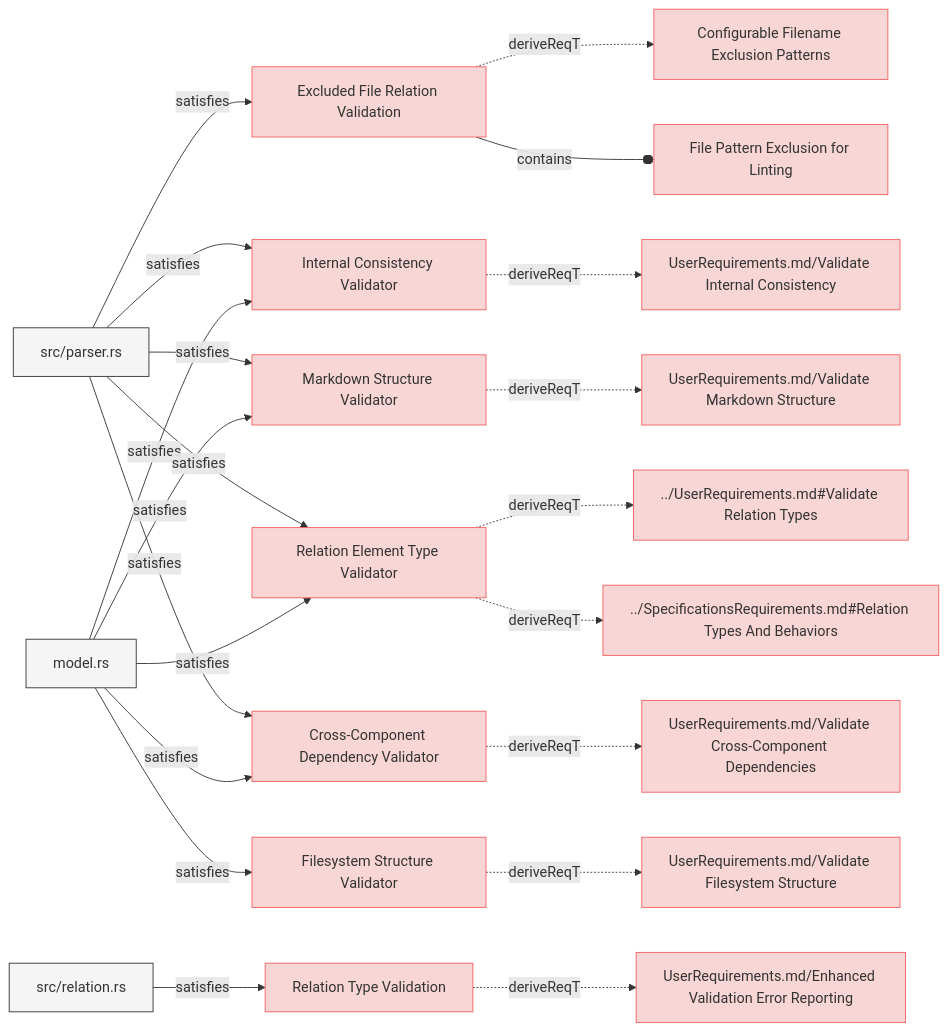
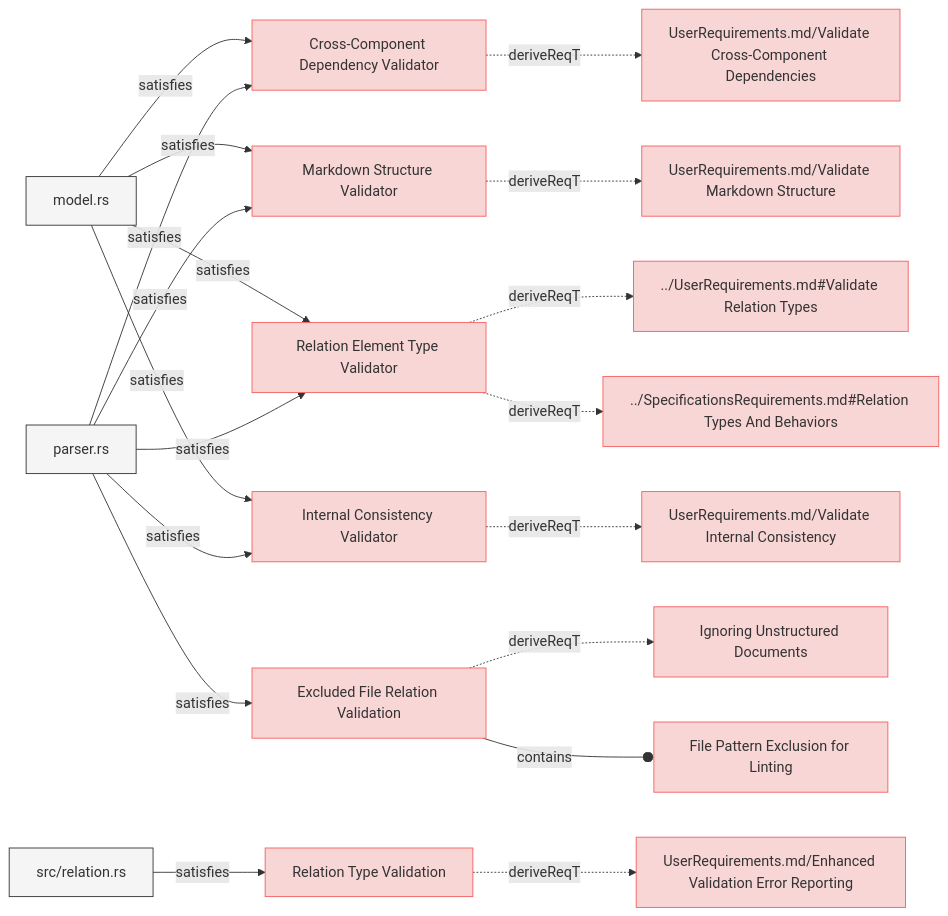
One commit to reqvire-org/reqvire changed the sixth of 7 diagrams in specifications/SystemRequirements/Requirements.md. Above: the diagram before and after it, drawn with Mermaid. The commit also changed other lines of this file and 72 other files, not shown here.

Commit message:
Major rework of the logic in reqvire. It uses git repository root as root folder and everything else is relative to it. External folders and specifications folder concept has been deprecated.

````diff
--- a/specifications/SystemRequirements/Requirements.md
+++ b/specifications/SystemRequirements/Requirements.md
@@ -889,81 +879,73 @@
   classDef externalLink fill:#d0e0ff,stroke:#3080ff,stroke-width:1px;
   classDef default fill:#f5f5f5,stroke:#333333,stroke-width:1px;
 
+  df781ba215f4d187["Cross-Component Dependency Validator"];
+  click df781ba215f4d187 "Requirements.md#cross-component-dependency-validator";
+  class df781ba215f4d187 requirement;
+  ee05a46627b568b7["UserRequirements.md/Validate Cross-Component Dependencies"];
+  class ee05a46627b568b7 requirement;
+  click ee05a46627b568b7 "../UserRequirements.md#validate-cross-component-dependencies";
+  df781ba215f4d187 -.->|deriveReqT| ee05a46627b568b7;
+  36fd2b1e82621caf["model.rs"];
+  class 36fd2b1e82621caf default;
+  click 36fd2b1e82621caf "../../core/src/model.rs";
+  36fd2b1e82621caf -->|satisfies| df781ba215f4d187;
+  dfd639447d711d62["parser.rs"];
+  class dfd639447d711d62 default;
+  click dfd639447d711d62 "../../core/src/parser.rs";
+  dfd639447d711d62 -->|satisfies| df781ba215f4d187;
   3871ef72a30780e5["Excluded File Relation Validation"];
-  click 3871ef72a30780e5 "https://github.com/Reqvire/reqvire/blob/ad88ba6b828e94c93382866fefd058c011c1ac60/specifications/SystemRequirements/Requirements.md#excluded-file-relation-validation";
+  click 3871ef72a30780e5 "Requirements.md#excluded-file-relation-validation";
   class 3871ef72a30780e5 requirement;
-  4bf74699f40f4a76["Configurable Filename Exclusion Patterns"];
-  class 4bf74699f40f4a76 requirement;
-  click 4bf74699f40f4a76 "https://github.com/Reqvire/reqvire/blob/ad88ba6b828e94c93382866fefd058c011c1ac60/specifications/SystemRequirements/Requirements.md#configurable-filename-exclusion-patterns";
-  3871ef72a30780e5 -.->|deriveReqT| 4bf74699f40f4a76;
+  be5c69c33c5a4cf6["Ignoring Unstructured Documents"];
+  class be5c69c33c5a4cf6 requirement;
+  click be5c69c33c5a4cf6 "Requirements.md#ignoring-unstructured-documents";
+  3871ef72a30780e5 -.->|deriveReqT| be5c69c33c5a4cf6;
   48e8a0b4b18111c4["File Pattern Exclusion for Linting"];
   class 48e8a0b4b18111c4 requirement;
-  click 48e8a0b4b18111c4 "https://github.com/Reqvire/reqvire/blob/ad88ba6b828e94c93382866fefd058c011c1ac60/specifications/SystemRequirements/Requirements.md#file-pattern-exclusion-for-linting";
+  click 48e8a0b4b18111c4 "Requirements.md#file-pattern-exclusion-for-linting";
   3871ef72a30780e5 --o|contains| 48e8a0b4b18111c4;
-  dfd639447d711d62["src/parser.rs"];
-  class dfd639447d711d62 default;
-  click dfd639447d711d62 "https://github.com/Reqvire/reqvire/blob/ad88ba6b828e94c93382866fefd058c011c1ac60/core/src/parser.rs";
   dfd639447d711d62 -->|satisfies| 3871ef72a30780e5;
+  d4722c13c32cf9e0["Markdown Structure Validator"];
+  click d4722c13c32cf9e0 "Requirements.md#markdown-structure-validator";
+  class d4722c13c32cf9e0 requirement;
+  7ec3cb7f400a2e8d["UserRequirements.md/Validate Markdown Structure"];
+  class 7ec3cb7f400a2e8d requirement;
+  click 7ec3cb7f400a2e8d "../UserRequirements.md#validate-markdown-structure";
+  d4722c13c32cf9e0 -.->|deriveReqT| 7ec3cb7f400a2e8d;
+  36fd2b1e82621caf -->|satisfies| d4722c13c32cf9e0;
+  dfd639447d711d62 -->|satisfies| d4722c13c32cf9e0;
+  774d12db509b4a55["Relation Element Type Validator"];
+  click 774d12db509b4a55 "Requirements.md#relation-element-type-validator";
+  class 774d12db509b4a55 requirement;
+  8a3ca9461643d887["../UserRequirements.md#Validate Relation Types"];
+  class 8a3ca9461643d887 requirement;
+  click 8a3ca9461643d887 "../UserRequirements.md#validate-relation-types";
+  774d12db509b4a55 -.->|deriveReqT| 8a3ca9461643d887;
+  29eb679eef252d12["../SpecificationsRequirements.md#Relation Types And Behaviors"];
+  class 29eb679eef252d12 requirement;
+  click 29eb679eef252d12 "../SpecificationsRequirements.md#relation-types-and-behaviors";
+  774d12db509b4a55 -.->|deriveReqT| 29eb679eef252d12;
+  36fd2b1e82621caf -->|satisfies| 774d12db509b4a55;
+  dfd639447d711d62 -->|satisfies| 774d12db509b4a55;
+  bff4e3e834a9ffcc["Relation Type Validation"];
+  click bff4e3e834a9ffcc "Requirements.md#relation-type-validation";
+  class bff4e3e834a9ffcc requirement;
+  3d2fe0b05ff9c8e3["UserRequirements.md/Enhanced Validation Error Reporting"];
+  class 3d2fe0b05ff9c8e3 requirement;
+  click 3d2fe0b05ff9c8e3 "../UserRequirements.md#enhanced-validation-error-reporting";
+  bff4e3e834a9ffcc -.->|deriveReqT| 3d2fe0b05ff9c8e3;
+  a01a924ab0c27629["src/relation.rs"];
+  class a01a924ab0c27629 default;
+  click a01a924ab0c27629 "../../core/src/relation.rs";
+  a01a924ab0c27629 -->|satisfies| bff4e3e834a9ffcc;
   eb3ba1b7474d0e60["Internal Consistency Validator"];
-  click eb3ba1b7474d0e60 "https://github.com/Reqvire/reqvire/blob/ad88ba6b828e94c93382866fefd058c011c1ac60/specifications/SystemRequirements/Requirements.md#internal-consistency-validator";
+  click eb3ba1b7474d0e60 "Requirements.md#internal-consistency-validator";
   class eb3ba1b7474d0e60 requirement;
   f9182ad2999d989c["UserRequirements.md/Validate Internal Consistency"];
   class f9182ad2999d989c requirement;
-  click f9182ad2999d989c "https://github.com/Reqvire/reqvire/blob/ad88ba6b828e94c93382866fefd058c011c1ac60/specifications/UserRequirements.md#validate-internal-consistency";
+  click f9182ad2999d989c "../UserRequirements.md#validate-internal-consistency";
   eb3ba1b7474d0e60 -.->|deriveReqT| f9182ad2999d989c;
-  36fd2b1e82621caf["model.rs"];
-  class 36fd2b1e82621caf default;
-  click 36fd2b1e82621caf "https://github.com/Reqvire/reqvire/blob/ad88ba6b828e94c93382866fefd058c011c1ac60/core/src/model.rs";
   36fd2b1e82621caf -->|satisfies| eb3ba1b7474d0e60;
   dfd639447d711d62 -->|satisfies| eb3ba1b7474d0e60;
-  d4722c13c32cf9e0["Markdown Structure Validator"];
-  click d4722c13c32cf9e0 "https://github.com/Reqvire/reqvire/blob/ad88ba6b828e94c93382866fefd058c011c1ac60/specifications/SystemRequirements/Requirements.md#markdown-structure-validator";
-  class d4722c13c32cf9e0 requirement;
-  7ec3cb7f400a2e8d["UserRequirements.md/Validate Markdown Structure"];
-  class 7ec3cb7f400a2e8d requirement;
-  click 7ec3cb7f400a2e8d "https://github.com/Reqvire/reqvire/blob/ad88ba6b828e94c93382866fefd058c011c1ac60/specifications/UserRequirements.md#validate-markdown-structure";
-  d4722c13c32cf9e0 -.->|deriveReqT| 7ec3cb7f400a2e8d;
-  36fd2b1e82621caf -->|satisfies| d4722c13c32cf9e0;
-  dfd639447d711d62 -->|satisfies| d4722c13c32cf9e0;
-  bff4e3e834a9ffcc["Relation Type Validation"];
-  click bff4e3e834a9ffcc "https://github.com/Reqvire/reqvire/blob/ad88ba6b828e94c93382866fefd058c011c1ac60/specifications/SystemRequirements/Requirements.md#relation-type-validation";
-  class bff4e3e834a9ffcc requirement;
-  3d2fe0b05ff9c8e3["UserRequirements.md/Enhanced Validation Error Reporting"];
-  class 3d2fe0b05ff9c8e3 requirement;
-  click 3d2fe0b05ff9c8e3 "https://github.com/Reqvire/reqvire/blob/ad88ba6b828e94c93382866fefd058c011c1ac60/specifications/UserRequirements.md#enhanced-validation-error-reporting";
-  bff4e3e834a9ffcc -.->|deriveReqT| 3d2fe0b05ff9c8e3;
-  a01a924ab0c27629["src/relation.rs"];
-  class a01a924ab0c27629 default;
-  click a01a924ab0c27629 "https://github.com/Reqvire/reqvire/blob/ad88ba6b828e94c93382866fefd058c011c1ac60/core/src/relation.rs";
-  a01a924ab0c27629 -->|satisfies| bff4e3e834a9ffcc;
-  774d12db509b4a55["Relation Element Type Validator"];
-  click 774d12db509b4a55 "https://github.com/Reqvire/reqvire/blob/ad88ba6b828e94c93382866fefd058c011c1ac60/specifications/SystemRequirements/Requirements.md#relation-element-type-validator";
-  class 774d12db509b4a55 requirement;
-  8a3ca9461643d887["../UserRequirements.md#Validate Relation Types"];
-  class 8a3ca9461643d887 requirement;
-  click 8a3ca9461643d887 "https://github.com/Reqvire/reqvire/blob/ad88ba6b828e94c93382866fefd058c011c1ac60/specifications/UserRequirements.md#validate-relation-types";
-  774d12db509b4a55 -.->|deriveReqT| 8a3ca9461643d887;
-  29eb679eef252d12["../SpecificationsRequirements.md#Relation Types And Behaviors"];
-  class 29eb679eef252d12 requirement;
-  click 29eb679eef252d12 "https://github.com/Reqvire/reqvire/blob/ad88ba6b828e94c93382866fefd058c011c1ac60/specifications/SpecificationsRequirements.md#relation-types-and-behaviors";
-  774d12db509b4a55 -.->|deriveReqT| 29eb679eef252d12;
-  36fd2b1e82621caf -->|satisfies| 774d12db509b4a55;
-  dfd639447d711d62 -->|satisfies| 774d12db509b4a55;
-  7b53d332f5da95a["Filesystem Structure Validator"];
-  click 7b53d332f5da95a "https://github.com/Reqvire/reqvire/blob/ad88ba6b828e94c93382866fefd058c011c1ac60/specifications/SystemRequirements/Requirements.md#filesystem-structure-validator";
-  class 7b53d332f5da95a requirement;
-  c390b990a63def2a["UserRequirements.md/Validate Filesystem Structure"];
-  class c390b990a63def2a requirement;
-  click c390b990a63def2a "https://github.com/Reqvire/reqvire/blob/ad88ba6b828e94c93382866fefd058c011c1ac60/specifications/UserRequirements.md#validate-filesystem-structure";
-  7b53d332f5da95a -.->|deriveReqT| c390b990a63def2a;
-  36fd2b1e82621caf -->|satisfies| 7b53d332f5da95a;
-  df781ba215f4d187["Cross-Component Dependency Validator"];
-  click df781ba215f4d187 "https://github.com/Reqvire/reqvire/blob/ad88ba6b828e94c93382866fefd058c011c1ac60/specifications/SystemRequirements/Requirements.md#cross-component-dependency-validator";
-  class df781ba215f4d187 requirement;
-  ee05a46627b568b7["UserRequirements.md/Validate Cross-Component Dependencies"];
-  class ee05a46627b568b7 requirement;
-  click ee05a46627b568b7 "https://github.com/Reqvire/reqvire/blob/ad88ba6b828e94c93382866fefd058c011c1ac60/specifications/UserRequirements.md#validate-cross-component-dependencies";
-  df781ba215f4d187 -.->|deriveReqT| ee05a46627b568b7;
-  36fd2b1e82621caf -->|satisfies| df781ba215f4d187;
-  dfd639447d711d62 -->|satisfies| df781ba215f4d187;
 ```
````
